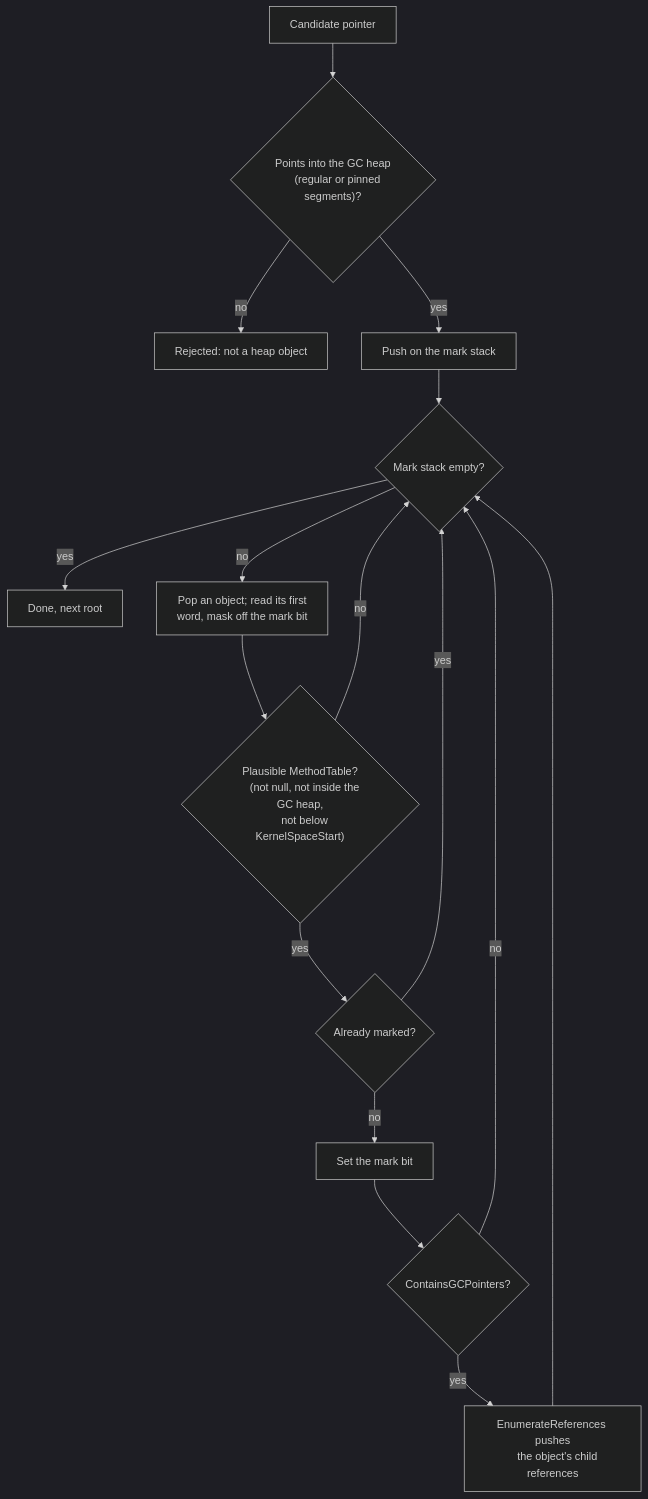
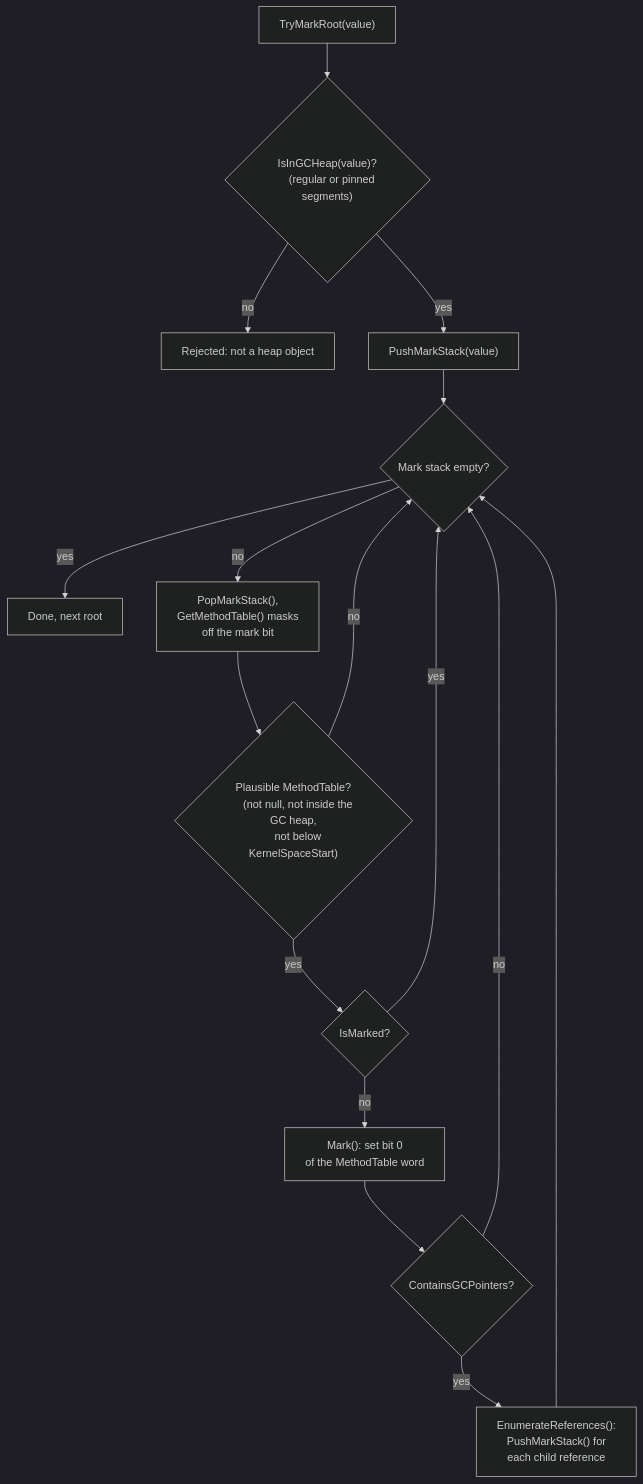
The fourth of 5 diagrams in docs/articles/dev/garbage-collector.md (valentinbreiz/nativeaot-patcher), drawn with Mermaid (dark theme) before and after one commit.

Commit message:
📝 Docs: name the real method calls in the mark loop chart

````diff
--- a/docs/articles/dev/garbage-collector.md
+++ b/docs/articles/dev/garbage-collector.md
@@ -343,23 +343,26 @@
 ```mermaid
 flowchart TD
-    VAL["Candidate pointer"] --> INHEAP{"Points into the GC heap
-    (regular or pinned segments)?"}
+    ROOT["TryMarkRoot(value)"] --> INHEAP{"IsInGCHeap(value)?
+    (regular or pinned segments)"}
     INHEAP -->|no| DROP["Rejected: not a heap object"]
-    INHEAP -->|yes| PUSH["Push on the mark stack"]
+    INHEAP -->|yes| PUSH["PushMarkStack(value)"]
     PUSH --> POP{"Mark stack empty?"}
     POP -->|yes| DONE["Done, next root"]
-    POP -->|no| READ["Pop an object; read its first
-    word, mask off the mark bit"]
+    POP -->|no| READ["PopMarkStack(),
+    GetMethodTable() masks
+    off the mark bit"]
     READ --> MT{"Plausible MethodTable?
     (not null, not inside the GC heap,
     not below KernelSpaceStart)"}
     MT -->|no| POP
-    MT -->|yes| MARKED{"Already marked?"}
+    MT -->|yes| MARKED{"IsMarked?"}
     MARKED -->|yes| POP
-    MARKED -->|no| SET["Set the mark bit"]
+    MARKED -->|no| SET["Mark(): set bit 0
+    of the MethodTable word"]
     SET --> PTRS{"ContainsGCPointers?"}
     PTRS -->|no| POP
-    PTRS -->|yes| ENUM["EnumerateReferences pushes
-    the object's child references"]
+    PTRS -->|yes| ENUM["EnumerateReferences():
+    PushMarkStack() for
+    each child reference"]
     ENUM --> POP
 ```
````
